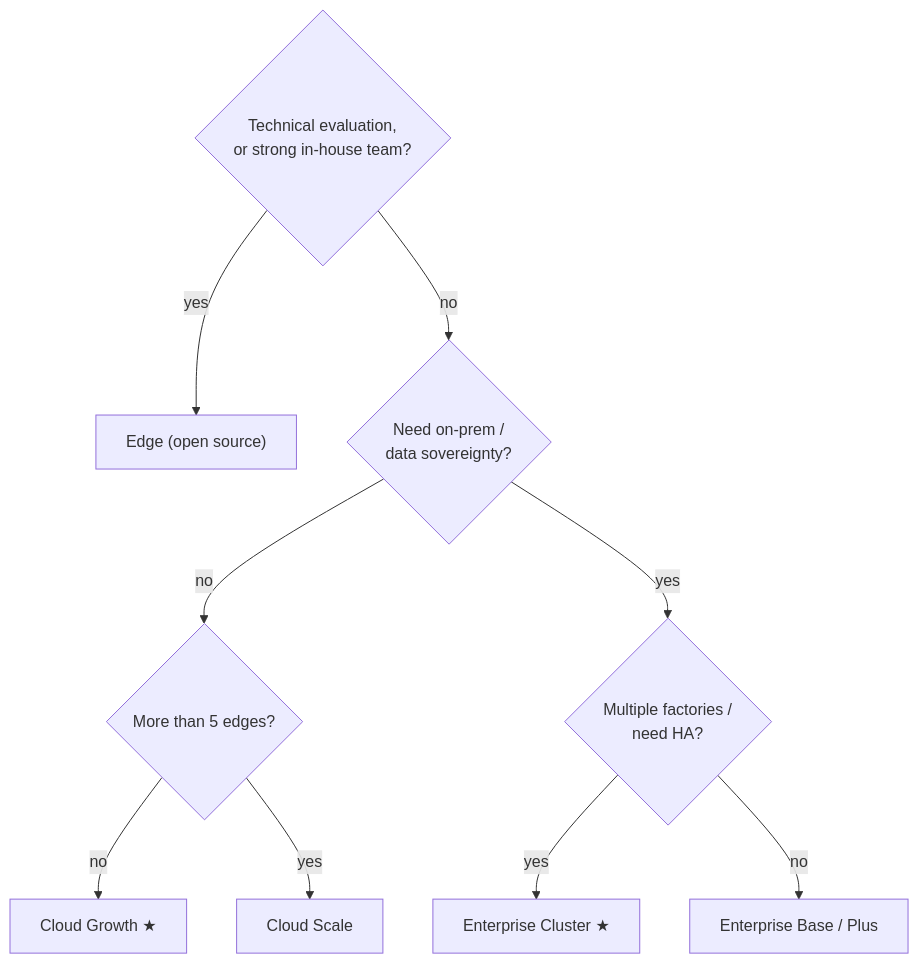
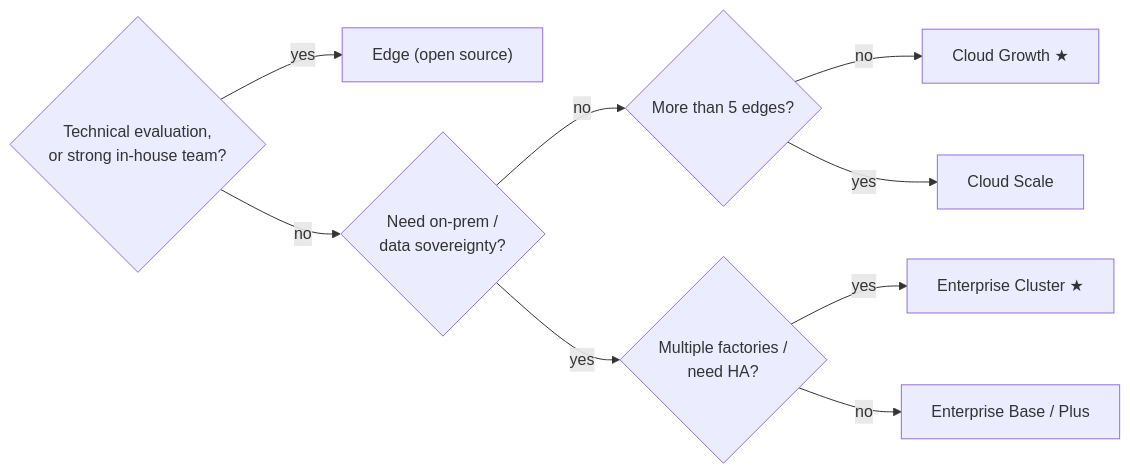
Before and after one commit to FREEZONEX/Tier0-docs-site: the diagram in src/content/docs/get-started/choosing-version.mdx, drawn with Mermaid. The commit also changed 3 other files, not shown here.

First line of the commit message:
Improve Mermaid flowcharts with smarter edge labels and LR decision tree.

````diff
--- a/src/content/docs/get-started/choosing-version.mdx
+++ b/src/content/docs/get-started/choosing-version.mdx
@@ -107,12 +107,12 @@
 ```mermaid
-flowchart TD
+flowchart LR
   q1{"Technical evaluation,<br/>or strong in-house team?"} -- "yes" --> edge["Edge (open source)"]
   q1 -- "no" --> q2{"Need on-prem /<br/>data sovereignty?"}
   q2 -- "no" --> q3{"More than 5 edges?"}
   q2 -- "yes" --> q4{"Multiple factories /<br/>need HA?"}
   q3 -- "no" --> growth["Cloud Growth ★"]
   q3 -- "yes" --> scale["Cloud Scale"]
   q4 -- "yes" --> cluster["Enterprise Cluster ★"]
   q4 -- "no" --> baseplus["Enterprise Base / Plus"]
   class growth,cluster t0accent
 ```
````
